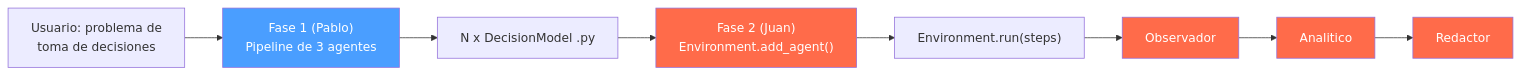
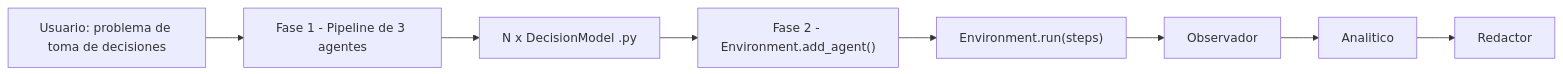
The third of 4 diagrams in phase2-juan/docs/DESIGN.md (srfreire/labTFG), drawn with Mermaid before and after one commit. The commit also changed other lines of this file, not shown here.

Commit message:
style: clean Mermaid diagrams - remove \n and colors

````diff
--- a/phase2-juan/docs/DESIGN.md
+++ b/phase2-juan/docs/DESIGN.md
@@ -228,16 +228,10 @@
 ```mermaid
 flowchart LR
-    U["Usuario: problema de\ntoma de decisiones"] --> P1["Fase 1 (Pablo)\nPipeline de 3 agentes"]
+    U["Usuario: problema de toma de decisiones"] --> P1["Fase 1 - Pipeline de 3 agentes"]
     P1 --> M["N x DecisionModel .py"]
-    M --> ENV["Fase 2 (Juan)\nEnvironment.add_agent()"]
+    M --> ENV["Fase 2 - Environment.add_agent()"]
     ENV --> SIM["Environment.run(steps)"]
     SIM --> OBS["Observador"]
     OBS --> AN["Analitico"]
     AN --> RED["Redactor"]
-
-    style P1 fill:#4a9eff,color:#fff
-    style ENV fill:#ff6b4a,color:#fff
-    style OBS fill:#ff6b4a,color:#fff
-    style AN fill:#ff6b4a,color:#fff
-    style RED fill:#ff6b4a,color:#fff
 ```
````
